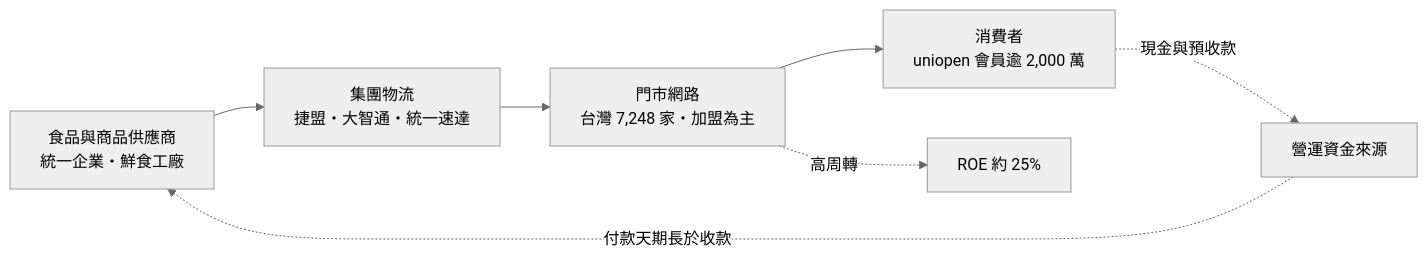
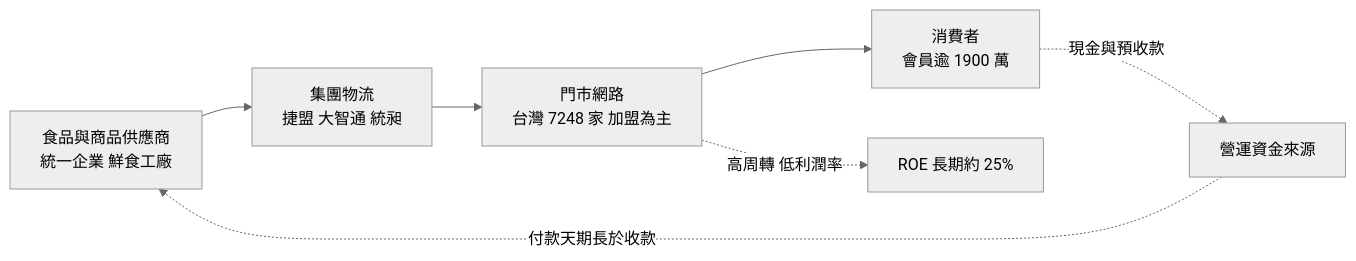
Before and after one commit to wangnick1004/taiwan-stock-vault: the second of 4 diagrams in 個股/台股/2912統一超.md, drawn with Mermaid (neutral theme). The commit also changed other lines of this file and 7 other files, not shown here.

````diff
--- a/個股/台股/2912統一超.md
+++ b/個股/台股/2912統一超.md
@@ -75,9 +75,9 @@
 ```mermaid
 flowchart LR
-    A[食品與商品供應商<br/>統一企業・鮮食工廠] --> B[集團物流<br/>捷盟・大智通・統一速達]
-    B --> C[門市網路<br/>台灣 7,248 家・加盟為主]
-    C --> D[消費者<br/>uniopen 會員逾 2,000 萬]
+    A["食品與商品供應商<br/>統一企業 鮮食工廠"] --> B["集團物流<br/>捷盟 大智通 統昶"]
+    B --> C["門市網路<br/>台灣 7248 家 加盟為主"]
+    C --> D["消費者<br/>會員逾 1900 萬"]
     D -. 現金與預收款 .-> E[營運資金來源]
     E -. 付款天期長於收款 .-> A
-    C -. 高周轉 .-> F[ROE 約 25%]
+    C -. 高周轉 低利潤率 .-> F["ROE 長期約 25%"]
 ```
````
